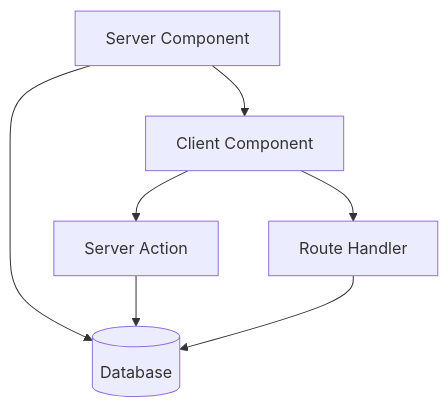
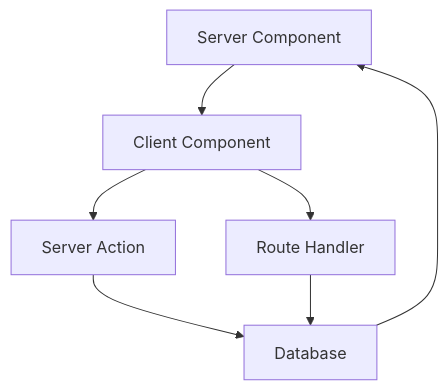
Before and after one commit to seanwhs/Tutorials: diagram 11 of 12 in NextJS/Next-JS-Tutorial/Articles/Modern-Client-Server-Architecture.md, drawn with Mermaid. The commit also changed other lines of this file, not shown here.

````diff
--- a/NextJS/Next-JS-Tutorial/Articles/Modern-Client-Server-Architecture.md
+++ b/NextJS/Next-JS-Tutorial/Articles/Modern-Client-Server-Architecture.md
@@ -888,21 +865,18 @@
 ```mermaid
 graph TD
+    SC[Server Component]
+    CC[Client Component]
+    SA[Server Action]
+    RH[Route Handler]
+    DB[Database]
 
-SC[Server Component]
-CC[Client Component]
-SA[Server Action]
-RH[Route Handler]
-DB[(Database)]
+    DB --> SC
 
-SC --> DB
+    SC --> CC
 
-SC --> CC
+    CC --> SA
+    CC --> RH
 
-CC --> SA
-
-CC --> RH
-
-SA --> DB
-
-RH --> DB
+    SA --> DB
+    RH --> DB
 ```
````
